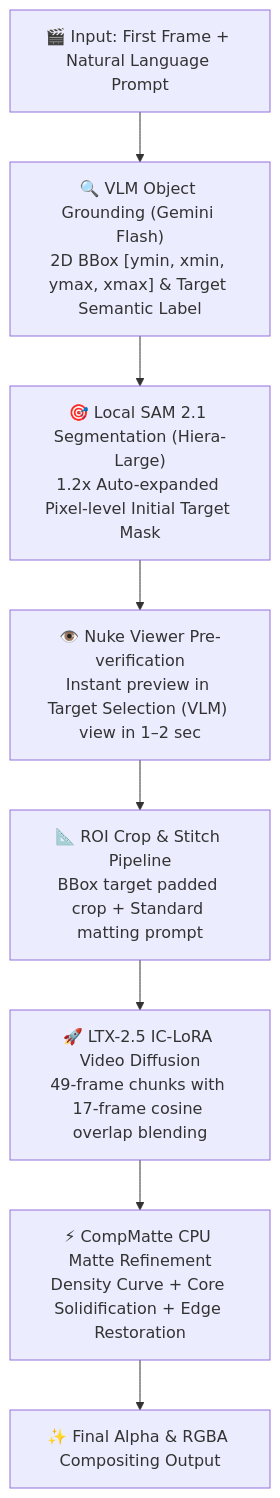
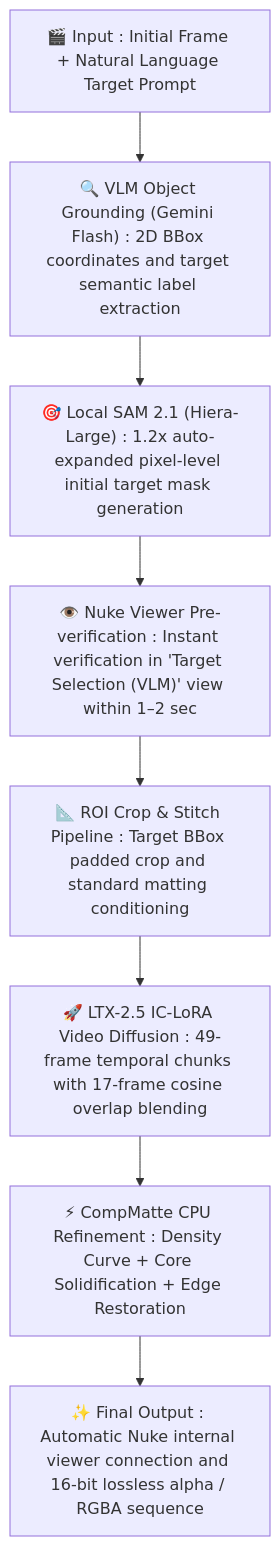
Before and after one commit to Kiwoo0413/AlphaGen: the second of 2 diagrams in README.md, drawn with Mermaid. The commit also changed other lines of this file, not shown here.

````diff
--- a/README.md
+++ b/README.md
@@ -274,10 +274,10 @@
 ```mermaid
 flowchart TD
-    A["🎬 Input: First Frame + Natural Language Prompt"] --> B["🔍 VLM Object Grounding (Gemini Flash)<br/>2D BBox [ymin, xmin, ymax, xmax] & Target Semantic Label"]
-    B --> C["🎯 Local SAM 2.1 Segmentation (Hiera-Large)<br/>1.2x Auto-expanded Pixel-level Initial Target Mask"]
-    C --> D["👁️ Nuke Viewer Pre-verification<br/>Instant preview in Target Selection (VLM) view in 1–2 sec"]
-    D --> E["📐 ROI Crop & Stitch Pipeline<br/>BBox target padded crop + Standard matting prompt"]
-    E --> F["🚀 LTX-2.5 IC-LoRA Video Diffusion<br/>49-frame chunks with 17-frame cosine overlap blending"]
-    F --> G["⚡ CompMatte CPU Matte Refinement<br/>Density Curve + Core Solidification + Edge Restoration"]
-    G --> H["✨ Final Alpha & RGBA Compositing Output"]
+    A["🎬 Input : Initial Frame + Natural Language Target Prompt"] --> B["🔍 VLM Object Grounding (Gemini Flash) : 2D BBox coordinates and target semantic label extraction"]
+    B --> C["🎯 Local SAM 2.1 (Hiera-Large) : 1.2x auto-expanded pixel-level initial target mask generation"]
+    C --> D["👁️ Nuke Viewer Pre-verification : Instant verification in 'Target Selection (VLM)' view within 1–2 sec"]
+    D --> E["📐 ROI Crop & Stitch Pipeline : Target BBox padded crop and standard matting conditioning"]
+    E --> F["🚀 LTX-2.5 IC-LoRA Video Diffusion : 49-frame temporal chunks with 17-frame cosine overlap blending"]
+    F --> G["⚡ CompMatte CPU Refinement : Density Curve + Core Solidification + Edge Restoration"]
+    G --> H["✨ Final Output : Automatic Nuke internal viewer connection and 16-bit lossless alpha / RGBA sequence"]
 ```
````
